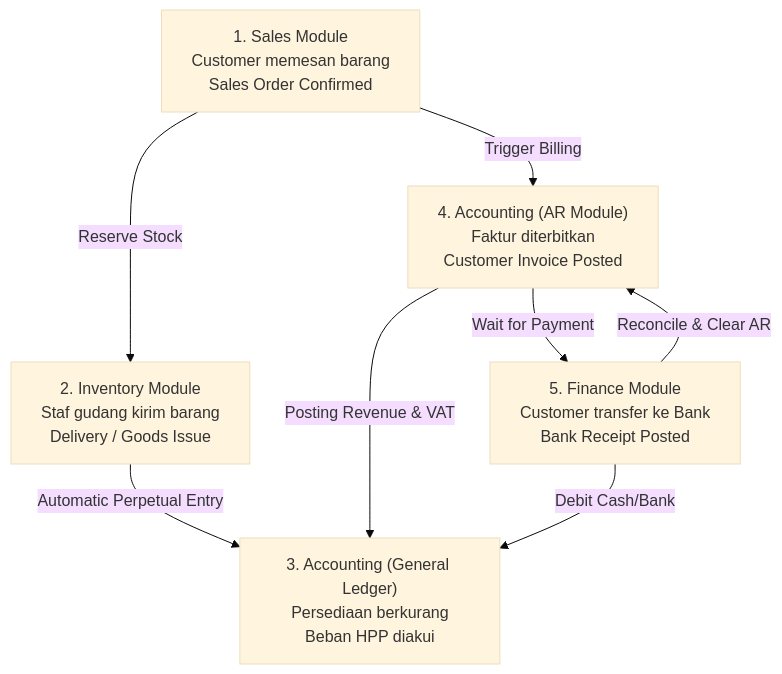
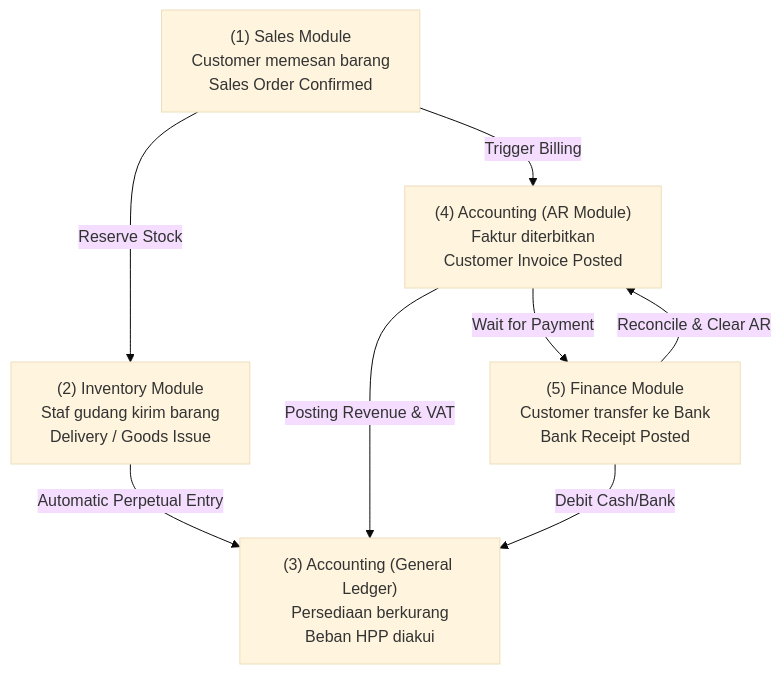
One commit to alimurrofid/erp-notes changed the first of 2 diagrams in content/00-fundamentals/cross-module-integration.md. Above: the diagram before and after it, drawn with Mermaid (base theme). The commit also changed other lines of this file and 132 other files, not shown here.

````diff
--- a/content/00-fundamentals/cross-module-integration.md
+++ b/content/00-fundamentals/cross-module-integration.md
@@ -28,11 +28,11 @@
 ```mermaid
 flowchart TD
-    A["1. Sales Module<br/>Customer memesan barang<br/>Sales Order Confirmed"] 
-    -->|Reserve Stock| B["2. Inventory Module<br/>Staf gudang kirim barang<br/>Delivery / Goods Issue"]
-    B -->|Automatic Perpetual Entry| C["3. Accounting (General Ledger)<br/>Persediaan berkurang<br/>Beban HPP diakui"]
-    A -->|Trigger Billing| D["4. Accounting (AR Module)<br/>Faktur diterbitkan<br/>Customer Invoice Posted"]
+    A["(1) Sales Module<br/>Customer memesan barang<br/>Sales Order Confirmed"] 
+    -->|Reserve Stock| B["(2) Inventory Module<br/>Staf gudang kirim barang<br/>Delivery / Goods Issue"]
+    B -->|Automatic Perpetual Entry| C["(3) Accounting (General Ledger)<br/>Persediaan berkurang<br/>Beban HPP diakui"]
+    A -->|Trigger Billing| D["(4) Accounting (AR Module)<br/>Faktur diterbitkan<br/>Customer Invoice Posted"]
     D -->|Posting Revenue & VAT| C
-    D -->|Wait for Payment| E["5. Finance Module<br/>Customer transfer ke Bank<br/>Bank Receipt Posted"]
+    D -->|Wait for Payment| E["(5) Finance Module<br/>Customer transfer ke Bank<br/>Bank Receipt Posted"]
     E -->|Reconcile & Clear AR| D
     E -->|Debit Cash/Bank| C
 ```
````
